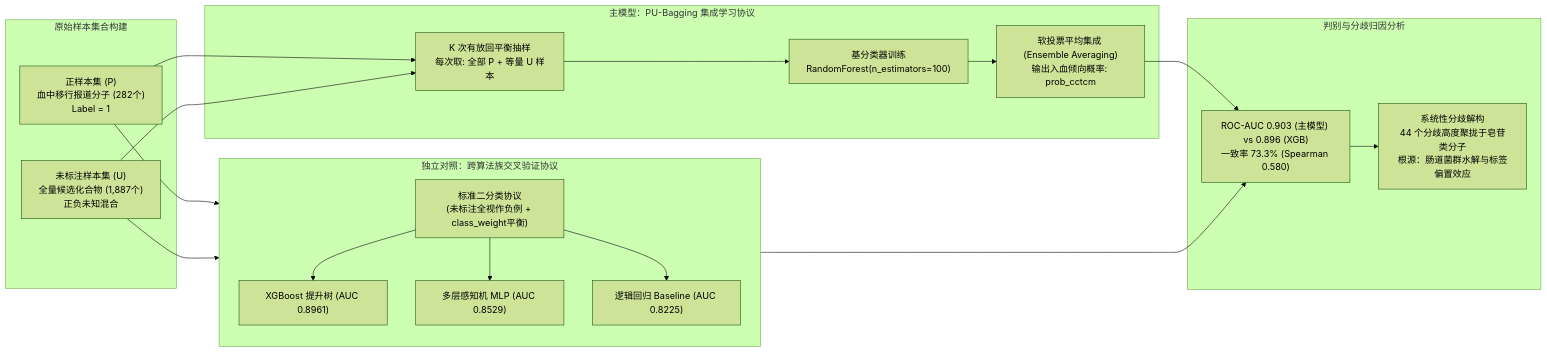
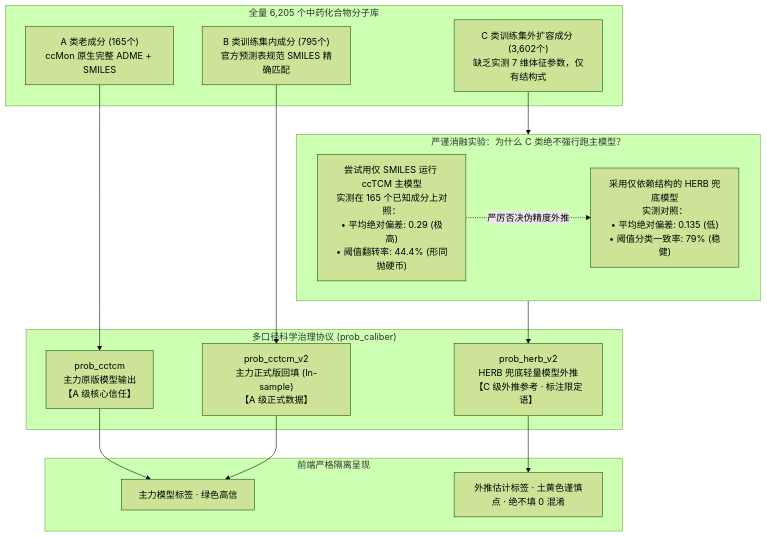
One commit to jxylisty/shiyang changed the second of 4 diagrams in docs/答辩材料_挑战杯算法PPT完整设计方案.md. Above: the diagram before and after it, drawn with Mermaid (forest theme). The commit also changed other lines of this file and 3 other files, not shown here.

````diff
--- a/docs/答辩材料_挑战杯算法PPT完整设计方案.md
+++ b/docs/答辩材料_挑战杯算法PPT完整设计方案.md
@@ -75,32 +90,29 @@
 ```mermaid
-flowchart LR
-    subgraph Dataset ["原始样本集合构建"]
-        P["正样本集 (P)<br/>血中移行报道分子 (282个)<br/>Label = 1"]
-        U["未标注样本集 (U)<br/>全量候选化合物 (1,887个)<br/>正负未知混合"]
+flowchart TD
+    subgraph InputMols ["全量 6,205 个中药化合物分子库"]
+        M1["A 类老成分 (165个)<br/>ccMon 原生完整 ADME + SMILES"]
+        M2["B 类训练集内成分 (795个)<br/>官方预测表规范 SMILES 精确匹配"]
+        M3["C 类训练集外扩容成分 (3,602个)<br/>缺乏实测 7 维体征参数，仅有结构式"]
     end
 
-    subgraph PUBagging ["主模型：PU-Bagging 集成学习协议"]
-        SAMP["K 次有放回平衡抽样<br/>每次取: 全部 P + 等量 U 样本"]
-        RF["基分类器训练<br/>RandomForest(n_estimators=100)"]
-        VOTE["软投票平均集成 (Ensemble Averaging)<br/>输出入血倾向概率: prob_cctcm"]
-        SAMP --> RF --> VOTE
+    subgraph ModelGov ["多口径科学治理协议 (prob_caliber)"]
+        P1["prob_cctcm<br/>主力原版模型输出<br/>【A 级核心信任】"]
+        P2["prob_cctcm_v2<br/>主力正式版回填 (In-sample)<br/>【A 级正式数据】"]
+        P3["prob_herb_v2<br/>HERB 兜底轻量模型外推<br/>【C 级外推参考 · 标注限定语】"]
     end
 
-    subgraph IndepCV ["独立对照：跨算法族交叉验证协议"]
-        direction TB
-        XGB["XGBoost 提升树 (AUC 0.8961)"]
-        MLP["多层感知机 MLP (AUC 0.8529)"]
-        LR["逻辑回归 Baseline (AUC 0.8225)"]
-        STD_BIN["标准二分类协议<br/>(未标注全视作负例 + class_weight平衡)"]
-        STD_BIN --> XGB & MLP & LR
+    subgraph AblationStudy ["严谨消融实验：为什么 C 类绝不强行跑主模型？"]
+        AB1["尝试用仅 SMILES 运行 ccTCM 主模型<br/>实测在 165 个已知成分上对照：<br/>• 平均绝对偏差: 0.29 (极高)<br/>• 阈值翻转率: 44.4% (形同抛硬币)"]
+        AB2["采用仅依赖结构的 HERB 兜底模型<br/>实测对照：<br/>• 平均绝对偏差: 0.135 (低)<br/>• 阈值分类一致率: 79% (稳健)"]
+        AB1 -.->|"严厉否决伪精度外推"| AB2
     end
 
-    subgraph Eval ["判别与分歧归因分析"]
-        METRIC["ROC-AUC 0.903 (主模型) vs 0.896 (XGB)<br/>一致率 73.3% (Spearman 0.580)"]
-        DIV["系统性分歧解构<br/>44 个分歧高度聚拢于皂苷类分子<br/>根源：肠道菌群水解与标签偏置效应"]
+    subgraph FrontOutput ["前端严格隔离呈现"]
+        DISP1["主力模型标签 · 绿色高信"]
+        DISP2["外推估计标签 · 土黄色谨慎点 · 绝不填 0 混淆"]
     end
 
-    P & U --> SAMP
-    P & U --> STD_BIN
-    VOTE & XGB --> METRIC --> DIV
+    M1 --> P1 --> DISP1
+    M2 --> P2 --> DISP1
+    M3 --> AblationStudy --> P3 --> DISP2
 ```
````
